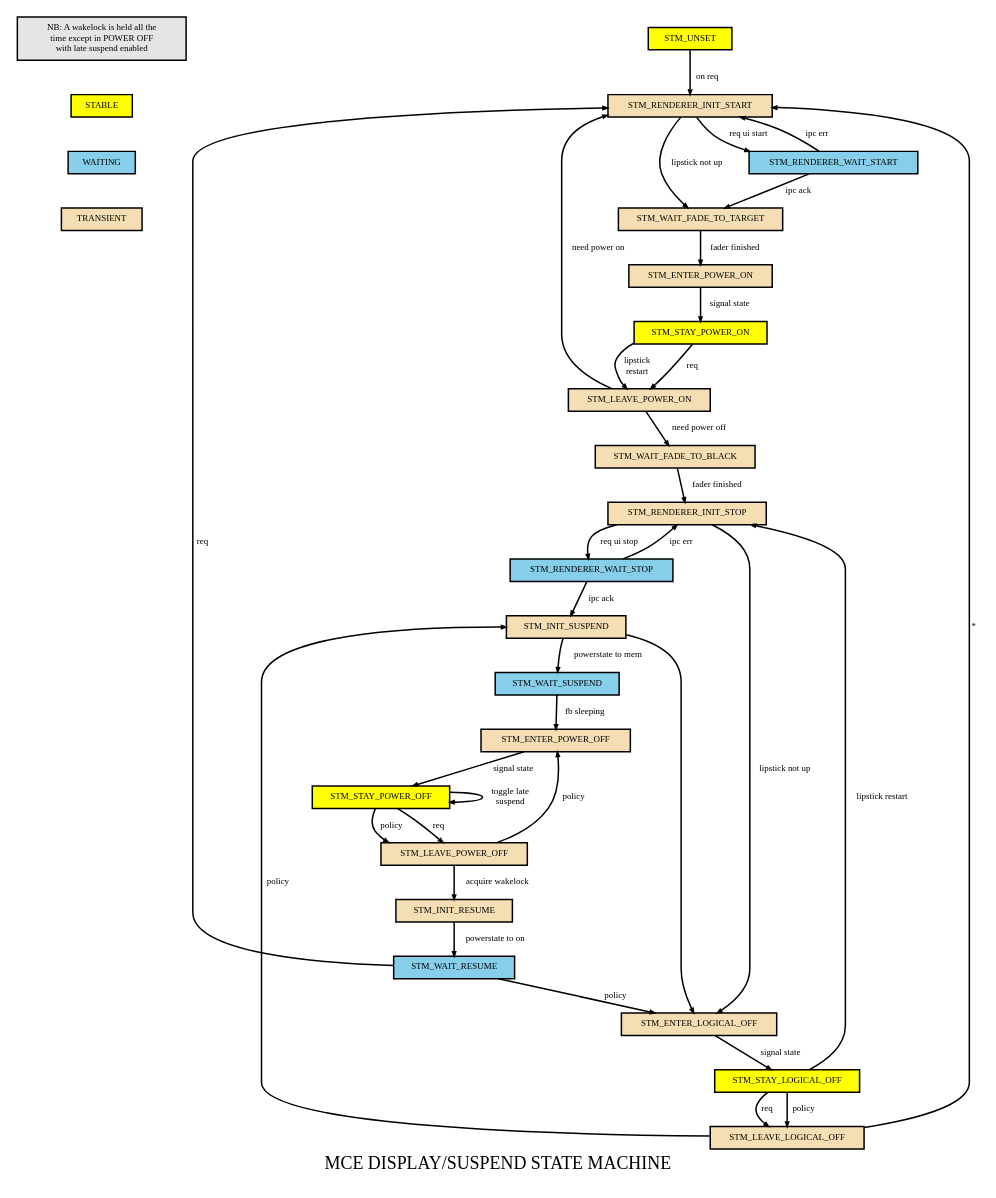
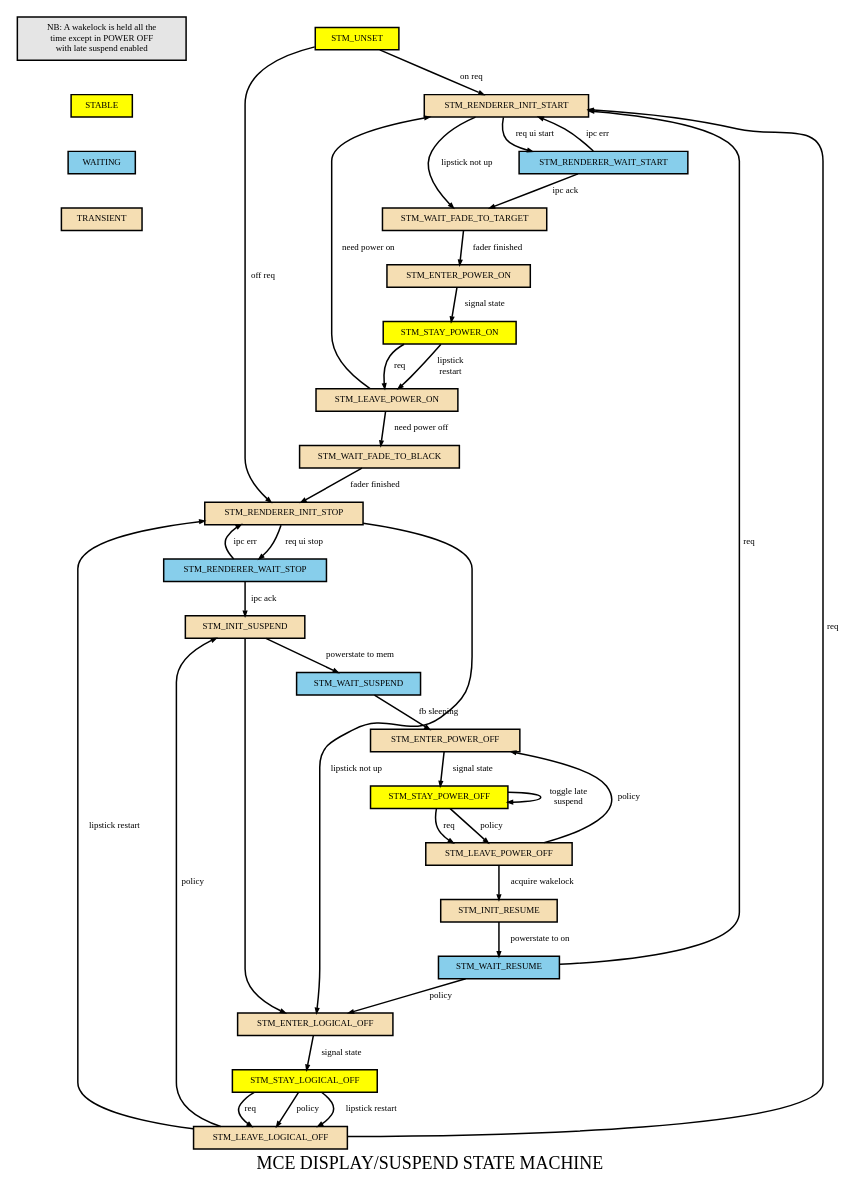
The diagram in modules/display.dot (sailfishos/mce), drawn with Graphviz before and after one commit. The commit also changed 15 other files, not shown here.

```diff
--- a/modules/display.dot
+++ b/modules/display.dot
@@ -1,124 +1,126 @@
 /* -*- mode: c -*- */
 
 /* Extra documentation for state transitions made from
  * mdy_stm_step() function in the mce display plugin
  */
 
 digraph display_state_machine {
   fontsize=12;
   label = "MCE DISPLAY/SUSPEND STATE MACHINE";
   nodesep=0.3;
   ranksep=0.2;
   node[fontsize=6];
   edge[fontsize=6];
   edge[arrowsize=0.3];
   node[style=filled,fillcolor=skyblue,shape=box];
   node[width=0.00001];
   node[height=0.00001];
   // COMMENTS
   node[fillcolor=grey90];
   COMMENTS[label="NB: A wakelock is held all the\ntime except in POWER OFF\nwith late suspend enabled\n"];
   //
   // --==( STABLE )==--
   //
   node[fillcolor=yellow];
   STABLE;
   STM_UNSET;
   STM_STAY_POWER_OFF;
   STM_STAY_POWER_ON;
   STM_STAY_LOGICAL_OFF;
   //
   // --==( WAITING )==--
   //
   node[fillcolor=skyblue];
   WAITING;
   STM_WAIT_RESUME;
   STM_WAIT_SUSPEND;
   STM_RENDERER_WAIT_START;
   STM_RENDERER_WAIT_STOP;
   //
   // --==( TRANSIENT )==--
   //
   node[fillcolor=wheat];
   TRANSIENT;
   STM_LEAVE_POWER_OFF;
   STM_ENTER_POWER_OFF;
   STM_INIT_RESUME;
   STM_ENTER_LOGICAL_OFF;
   STM_LEAVE_LOGICAL_OFF;
   STM_INIT_SUSPEND;
   STM_RENDERER_INIT_START;
   STM_RENDERER_INIT_STOP;
   STM_ENTER_POWER_ON;
   STM_LEAVE_POWER_ON;
   STM_WAIT_FADE_TO_BLACK;
   STM_WAIT_FADE_TO_TARGET;
   //
   // --==( BRANCHES )==--
   //
   node[shape=point];
   //
   // --==( TRANSITIONS )==--
   //
   node[shape=oval,fillcolor=pink];
 
   COMMENTS->STABLE[style=invis];
   STABLE->WAITING[style=invis];
   WAITING->TRANSIENT[style=invis];
 
   STM_UNSET -> STM_RENDERER_INIT_START               [label=" on req"];
+  STM_UNSET -> STM_RENDERER_INIT_STOP                [label=" off req"];
 
   STM_RENDERER_INIT_STOP -> STM_ENTER_LOGICAL_OFF    [label=" lipstick not up"];
   STM_RENDERER_INIT_STOP -> STM_RENDERER_WAIT_STOP   [label=" req ui stop"];
 
   STM_RENDERER_WAIT_STOP -> STM_INIT_SUSPEND         [label=" ipc ack"];
   STM_RENDERER_WAIT_STOP -> STM_RENDERER_INIT_STOP   [label=" ipc err"];
 
   STM_WAIT_FADE_TO_BLACK -> STM_RENDERER_INIT_STOP   [label=" fader finished"];
 
   STM_INIT_SUSPEND -> STM_WAIT_SUSPEND               [label=" powerstate to mem"];
   STM_INIT_SUSPEND -> STM_ENTER_LOGICAL_OFF;
 
   STM_WAIT_SUSPEND -> STM_ENTER_POWER_OFF            [label=" fb sleeping"];
 
   STM_ENTER_POWER_OFF -> STM_STAY_POWER_OFF          [label=" signal state"];
 
   STM_STAY_POWER_OFF -> STM_LEAVE_POWER_OFF          [label=" req"];
   STM_STAY_POWER_OFF -> STM_LEAVE_POWER_OFF          [label=" policy"];
   STM_STAY_POWER_OFF -> STM_STAY_POWER_OFF           [label=" toggle late\nsuspend\n"];
 
   STM_LEAVE_POWER_OFF -> STM_INIT_RESUME             [label=" acquire wakelock"];
   STM_LEAVE_POWER_OFF -> STM_ENTER_POWER_OFF         [label=" policy"];
 
   STM_INIT_RESUME -> STM_WAIT_RESUME                 [label=" powerstate to on"];
 
   STM_WAIT_RESUME -> STM_RENDERER_INIT_START         [label=" req"];
   STM_WAIT_RESUME -> STM_ENTER_LOGICAL_OFF           [label=" policy"];
 
   STM_RENDERER_INIT_START -> STM_WAIT_FADE_TO_TARGET [label=" lipstick not up"];
   STM_RENDERER_INIT_START -> STM_RENDERER_WAIT_START [label=" req ui start"];
 
   STM_RENDERER_WAIT_START -> STM_WAIT_FADE_TO_TARGET [label=" ipc ack"];
   STM_RENDERER_WAIT_START -> STM_RENDERER_INIT_START [label=" ipc err"];
 
   STM_WAIT_FADE_TO_TARGET -> STM_ENTER_POWER_ON      [label=" fader finished"];
 
   STM_ENTER_POWER_ON -> STM_STAY_POWER_ON            [label=" signal state"];
 
   STM_STAY_POWER_ON -> STM_LEAVE_POWER_ON            [label=" req"];
 
   STM_LEAVE_POWER_ON -> STM_RENDERER_INIT_START      [label=" need power on"];
   STM_LEAVE_POWER_ON -> STM_WAIT_FADE_TO_BLACK       [label=" need power off"];
 
   STM_ENTER_LOGICAL_OFF -> STM_STAY_LOGICAL_OFF      [label=" signal state"];
 
   STM_STAY_LOGICAL_OFF -> STM_LEAVE_LOGICAL_OFF      [label=" req"];
   STM_STAY_LOGICAL_OFF -> STM_LEAVE_LOGICAL_OFF      [label=" policy"];
-  STM_STAY_LOGICAL_OFF -> STM_RENDERER_INIT_STOP     [label=" lipstick restart"];
+  STM_STAY_LOGICAL_OFF -> STM_LEAVE_LOGICAL_OFF      [label=" lipstick restart"];
 
-  STM_LEAVE_LOGICAL_OFF -> STM_RENDERER_INIT_START   [label=" *"];
+  STM_LEAVE_LOGICAL_OFF -> STM_RENDERER_INIT_STOP    [label=" lipstick restart"];
+  STM_LEAVE_LOGICAL_OFF -> STM_RENDERER_INIT_START   [label=" req"];
   STM_LEAVE_LOGICAL_OFF -> STM_INIT_SUSPEND          [label=" policy"];
 
   // lipstick restart special case (happens outside stm)
   STM_STAY_POWER_ON -> STM_LEAVE_POWER_ON            [label=" lipstick\n restart\n"];
 }
```
